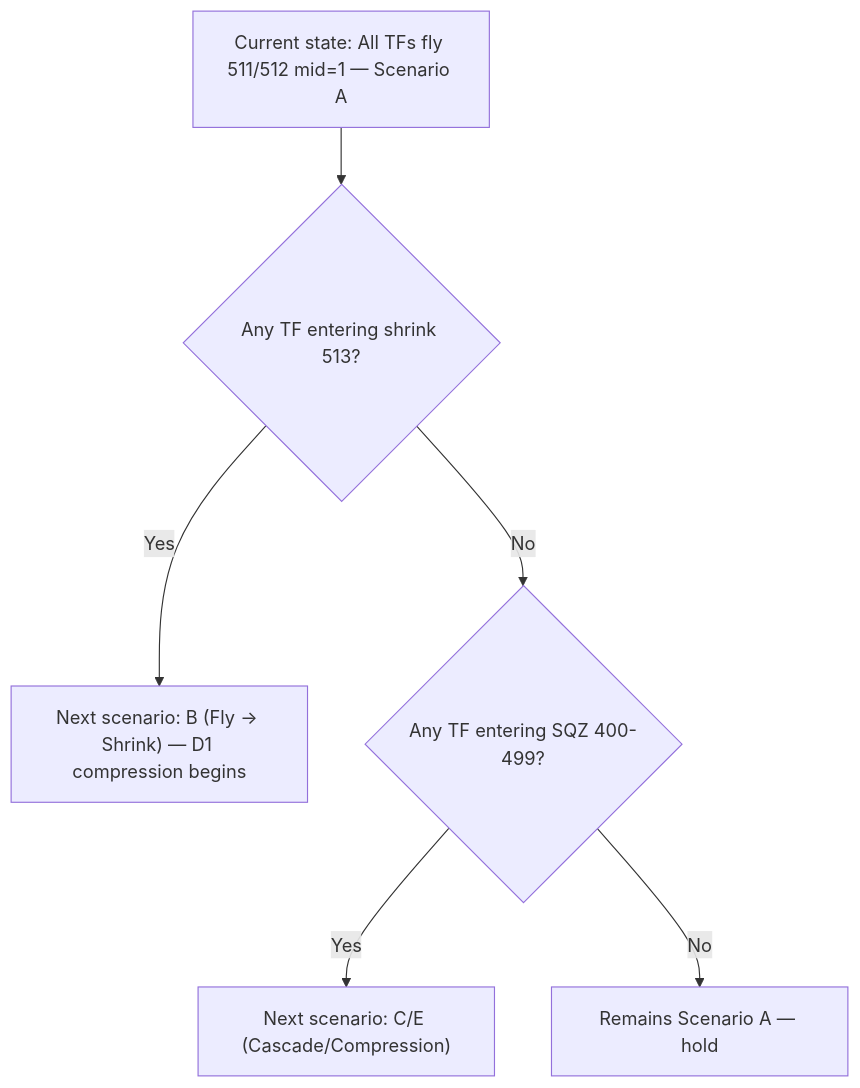
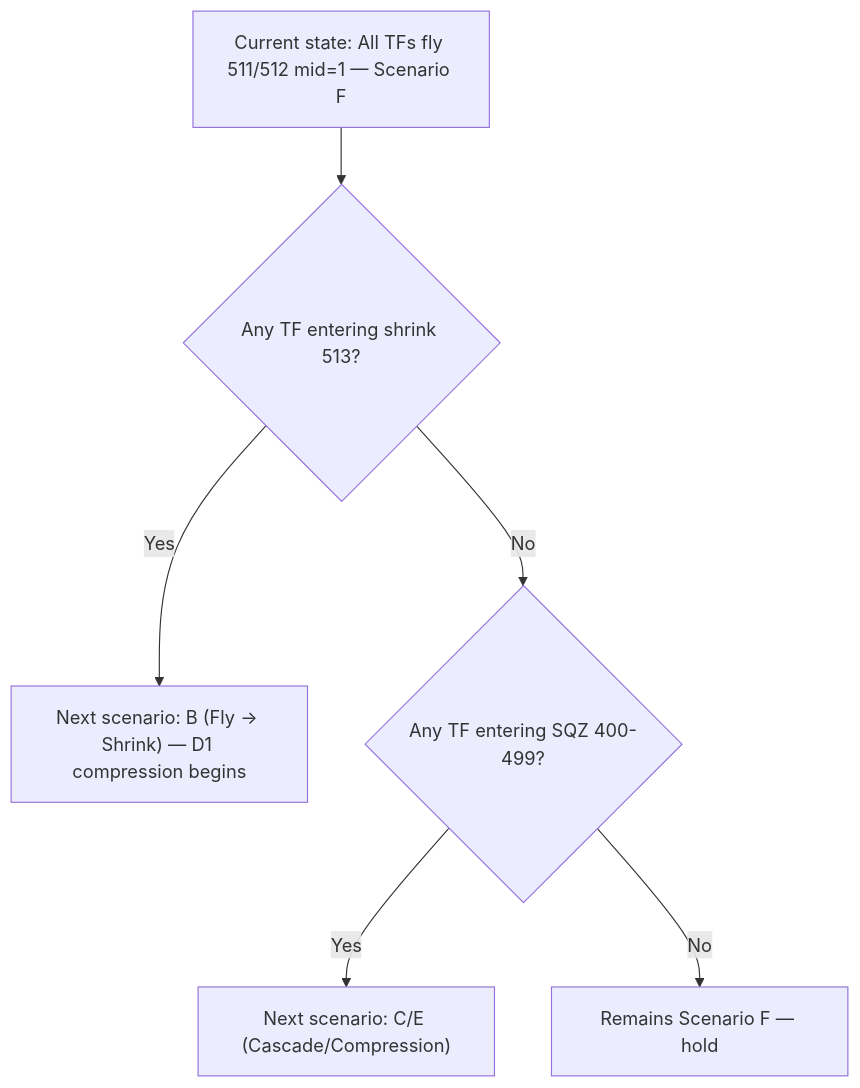
One commit to Terrypang89/BB_MTF_M15_STRATEGY changed the first of 12 diagrams in references/IMAGE_ANALYSIS.md. Above: the diagram before and after it, drawn with Mermaid. The commit also changed other lines of this file and 12 other files, not shown here.

````diff
--- a/references/IMAGE_ANALYSIS.md
+++ b/references/IMAGE_ANALYSIS.md
@@ -63,9 +63,9 @@
 ```mermaid
 flowchart TD
-    A["Current state: All TFs fly 511/512 mid=1 — Scenario A"]
+    A["Current state: All TFs fly 511/512 mid=1 — Scenario F"]
     A --> B{"Any TF entering shrink 513?"}
     B -->|Yes| C["Next scenario: B (Fly → Shrink) — D1 compression begins"]
     B -->|No| D{"Any TF entering SQZ 400-499?"}
     D -->|Yes| E["Next scenario: C/E (Cascade/Compression)"]
-    D -->|No| F["Remains Scenario A — hold"]
+    D -->|No| F["Remains Scenario F — hold"]
 ```
````
